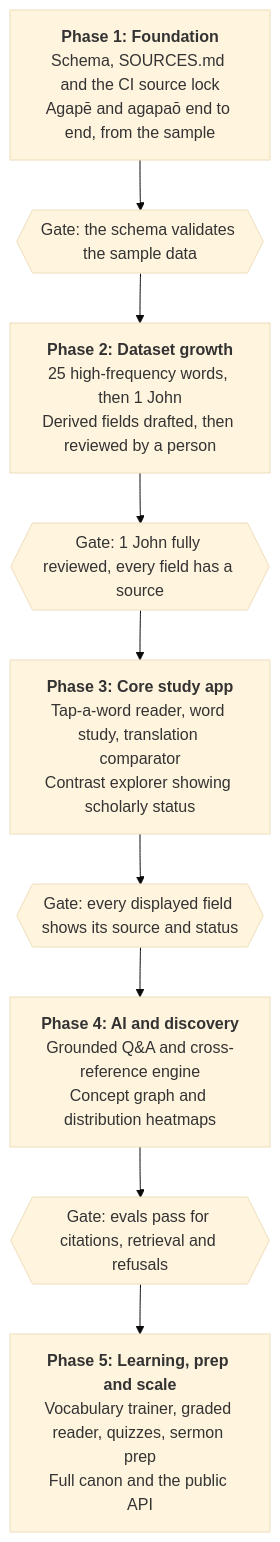
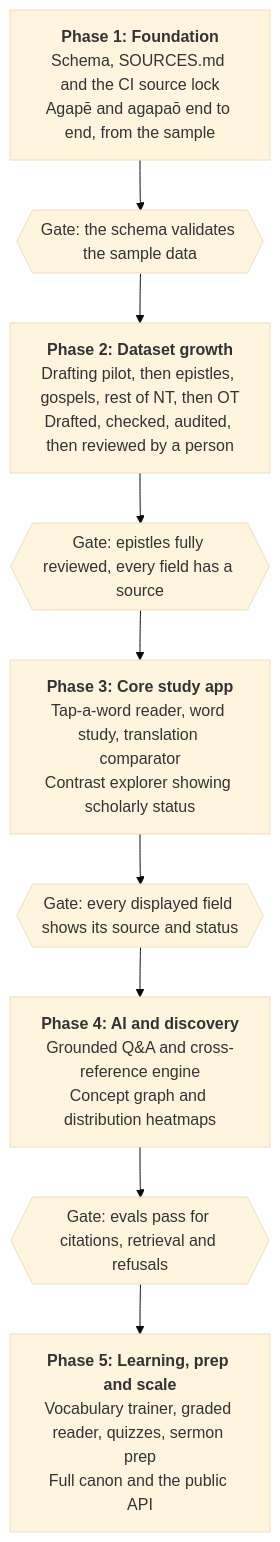
The second of 2 diagrams in docs/spec.md (schneiBoy/lexicon-graph), drawn with Mermaid (base theme) before and after one commit. The commit also changed other lines of this file and 7 other files, not shown here.

First line of the commit message:
Add drafting pilot and update spec with revised pipeline and rollout order

````diff
--- a/docs/spec.md
+++ b/docs/spec.md
@@ -356,13 +358,13 @@
 ```mermaid
 flowchart TD
   P1["<b>Phase 1: Foundation</b><br/>Schema, SOURCES.md and the CI source lock<br/>Agapē and agapaō end to end, from the sample"]
   G1{{"Gate: the schema validates the sample data"}}
-  P2["<b>Phase 2: Dataset growth</b><br/>25 high-frequency words, then 1 John<br/>Derived fields drafted, then reviewed by a person"]
-  G2{{"Gate: 1 John fully reviewed, every field has a source"}}
+  P2["<b>Phase 2: Dataset growth</b><br/>Drafting pilot, then epistles, gospels, rest of NT, then OT<br/>Drafted, checked, audited, then reviewed by a person"]
+  G2{{"Gate: epistles fully reviewed, every field has a source"}}
   P3["<b>Phase 3: Core study app</b><br/>Tap-a-word reader, word study, translation comparator<br/>Contrast explorer showing scholarly status"]
   G3{{"Gate: every displayed field shows its source and status"}}
   P4["<b>Phase 4: AI and discovery</b><br/>Grounded Q&A and cross-reference engine<br/>Concept graph and distribution heatmaps"]
   G4{{"Gate: evals pass for citations, retrieval and refusals"}}
   P5["<b>Phase 5: Learning, prep and scale</b><br/>Vocabulary trainer, graded reader, quizzes, sermon prep<br/>Full canon and the public API"]
   P1 --> G1 --> P2 --> G2 --> P3 --> G3 --> P4 --> G4 --> P5
 ```
````
